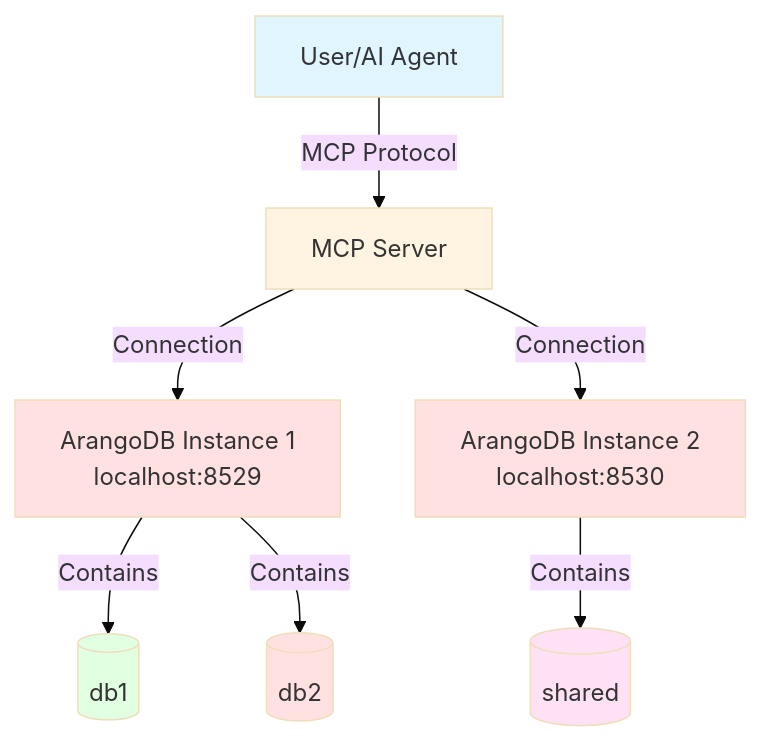
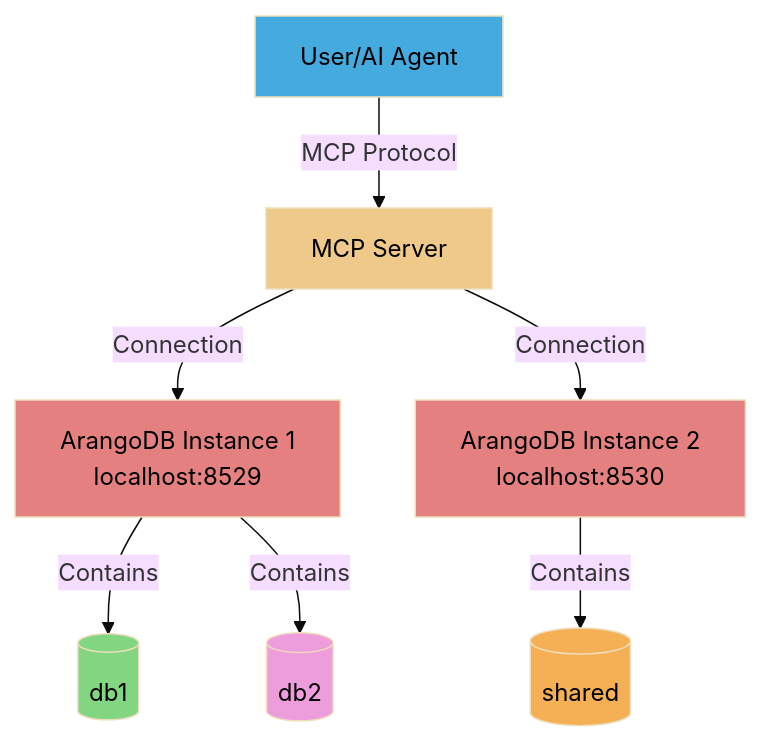
The diagram in docs/user-guide/multi-tenancy-scenarios/03-multiple-instances-multiple-databases.md (LittleCoinCoin/mcp-arangodb-async), drawn with Mermaid (base theme) before and after one commit. The commit also changed 2 other files, not shown here.

Commit message:
docs: update mermaid color contrast

````diff
--- a/docs/user-guide/multi-tenancy-scenarios/03-multiple-instances-multiple-databases.md
+++ b/docs/user-guide/multi-tenancy-scenarios/03-multiple-instances-multiple-databases.md
@@ -27,25 +27,25 @@
 ```mermaid
 graph TB
     User[User/AI Agent]
     MCP[MCP Server]
     Arango1[ArangoDB Instance 1<br/>localhost:8529]
     Arango2[ArangoDB Instance 2<br/>localhost:8530]
     DB1[(db1)]
     DB2[(db2)]
     DB3[(shared)]
     
     User -->|MCP Protocol| MCP
     MCP -->|Connection| Arango1
     MCP -->|Connection| Arango2
     Arango1 -->|Contains| DB1
     Arango1 -->|Contains| DB2
     Arango2 -->|Contains| DB3
     
-    style User fill:#e1f5ff
-    style MCP fill:#fff4e1
-    style Arango1 fill:#ffe1e1
-    style Arango2 fill:#ffe1e1
-    style DB1 fill:#e1ffe1
-    style DB2 fill:#ffe1e1
-    style DB3 fill:#ffe1f5
+    style User fill: #45abdfff,color:#000000
+    style MCP fill: #eec98aff,color:#000000
+    style Arango1 fill: #e48080ff,color:#000000
+    style Arango2 fill: #e48080ff,color:#000000
+    style DB1 fill: #82d682ff,color:#000000
+    style DB2 fill: #ee9ddcff,color:#000000
+    style DB3 fill: #f5af54ff,color:#000000
 ```
````
